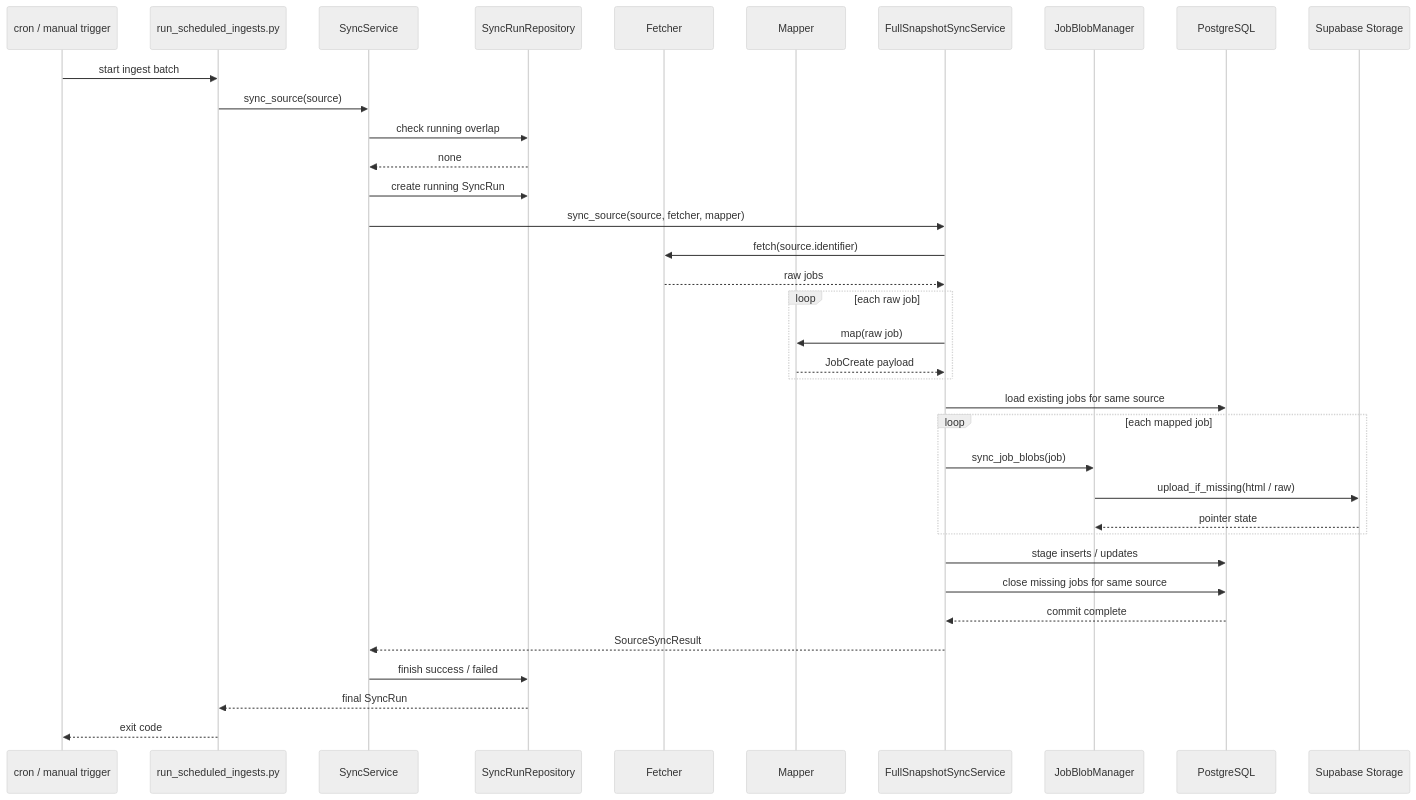
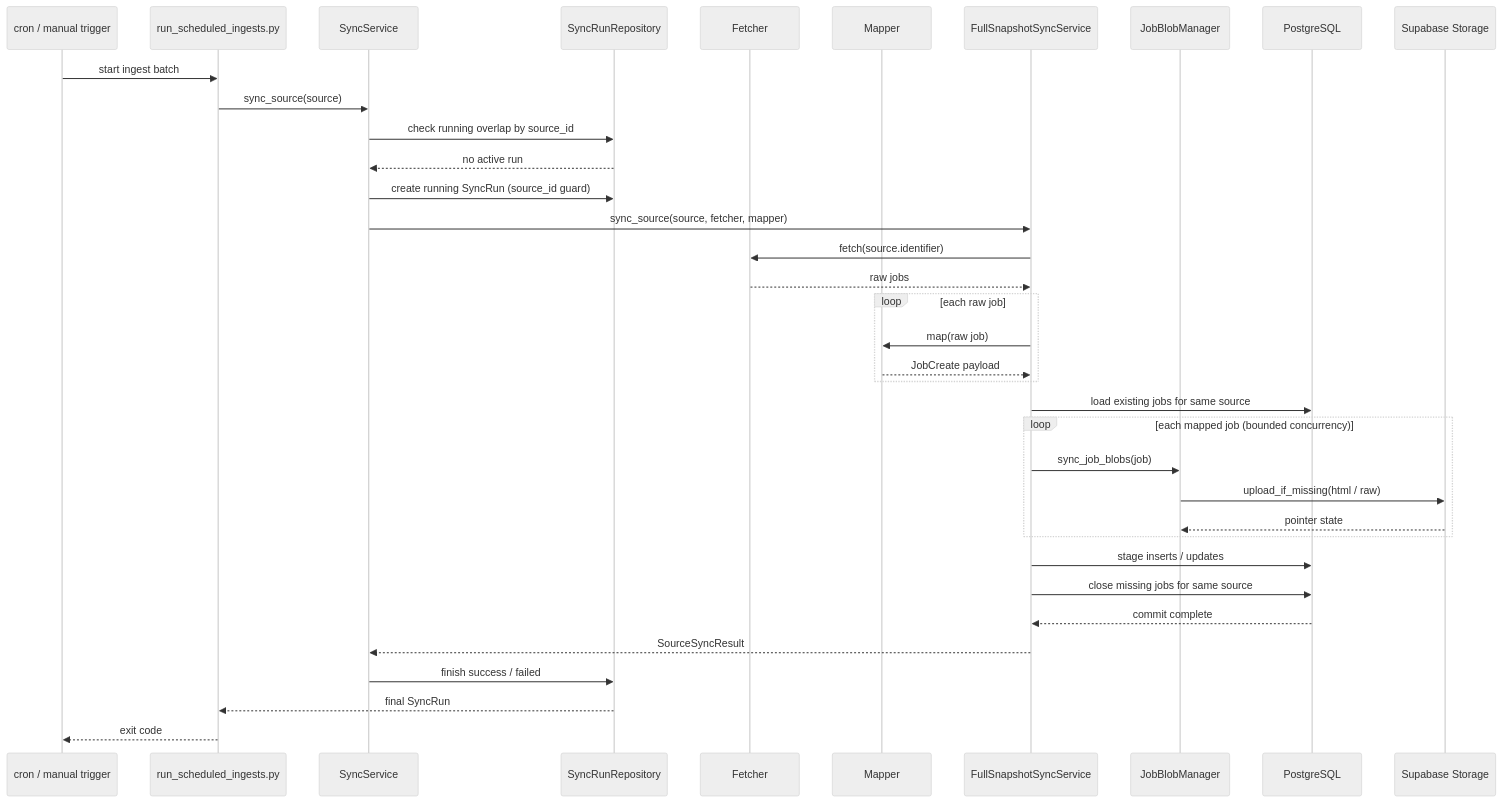
The second of 5 diagrams in docs/architecture/README.md (DengNaichen/job), drawn with Mermaid (neutral theme) before and after one commit. The commit also changed other lines of this file and 3 other files, not shown here.

Commit message:
docs: align architecture notes with sync modularization

````diff
--- a/docs/architecture/README.md
+++ b/docs/architecture/README.md
@@ -86,43 +86,43 @@
 ```mermaid
 sequenceDiagram
     participant Cron as cron / manual trigger
     participant Runner as run_scheduled_ingests.py
     participant Sync as SyncService
     participant Track as SyncRunRepository
     participant Fetch as Fetcher
     participant Map as Mapper
     participant Full as FullSnapshotSyncService
     participant Blob as JobBlobManager
     participant DB as PostgreSQL
     participant Store as Supabase Storage
 
     Cron->>Runner: start ingest batch
     Runner->>Sync: sync_source(source)
-    Sync->>Track: check running overlap
-    Track-->>Sync: none
-    Sync->>Track: create running SyncRun
+    Sync->>Track: check running overlap by source_id
+    Track-->>Sync: no active run
+    Sync->>Track: create running SyncRun (source_id guard)
     Sync->>Full: sync_source(source, fetcher, mapper)
     Full->>Fetch: fetch(source.identifier)
     Fetch-->>Full: raw jobs
 
     loop each raw job
         Full->>Map: map(raw job)
         Map-->>Full: JobCreate payload
     end
 
     Full->>DB: load existing jobs for same source
 
-    loop each mapped job
+    loop each mapped job (bounded concurrency)
         Full->>Blob: sync_job_blobs(job)
         Blob->>Store: upload_if_missing(html / raw)
         Store-->>Blob: pointer state
     end
 
     Full->>DB: stage inserts / updates
     Full->>DB: close missing jobs for same source
     DB-->>Full: commit complete
     Full-->>Sync: SourceSyncResult
     Sync->>Track: finish success / failed
     Track-->>Runner: final SyncRun
     Runner-->>Cron: exit code
 ```
````
